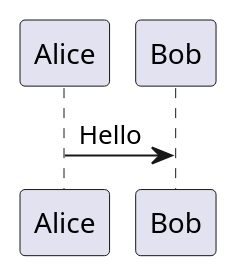
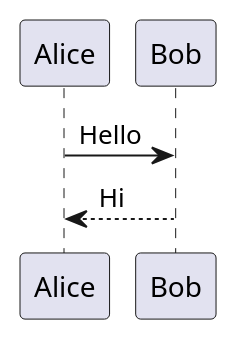
The diagram in plugin/custom/plugins/plantuml/README.md (fengchen321/typora_plugin), drawn with PlantUML before and after one commit. The commit also changed other lines of this file and 3 other files, not shown here.

Commit message:
docs(plantuml): align docs with current runtime design

````diff
--- a/plugin/custom/plugins/plantuml/README.md
+++ b/plugin/custom/plugins/plantuml/README.md
@@ -15,5 +55,6 @@
 ```plantuml
 @startuml
 Alice -> Bob: Hello
+Bob --> Alice: Hi
 @enduml
 ```
````
